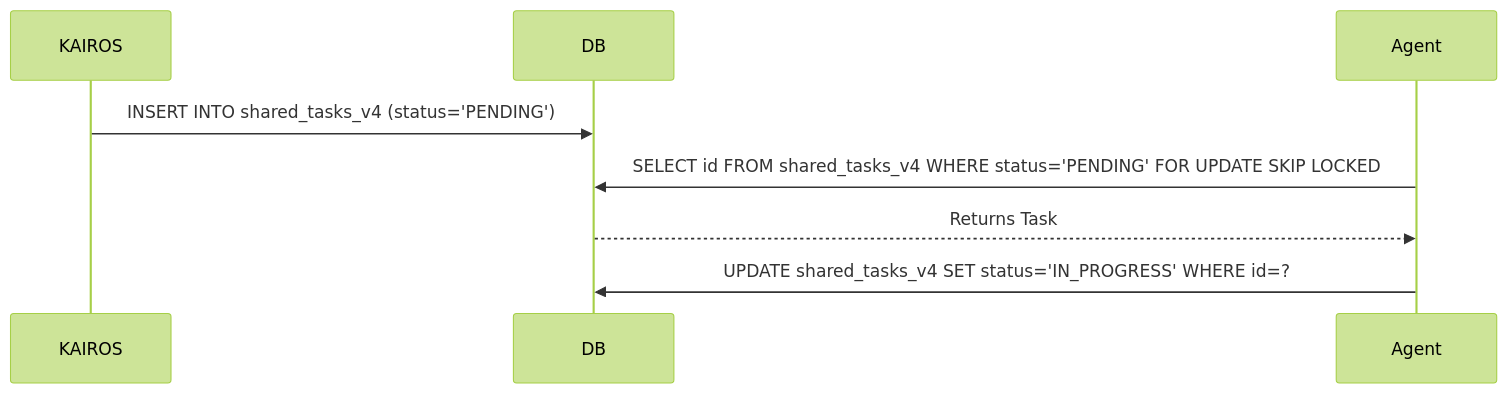
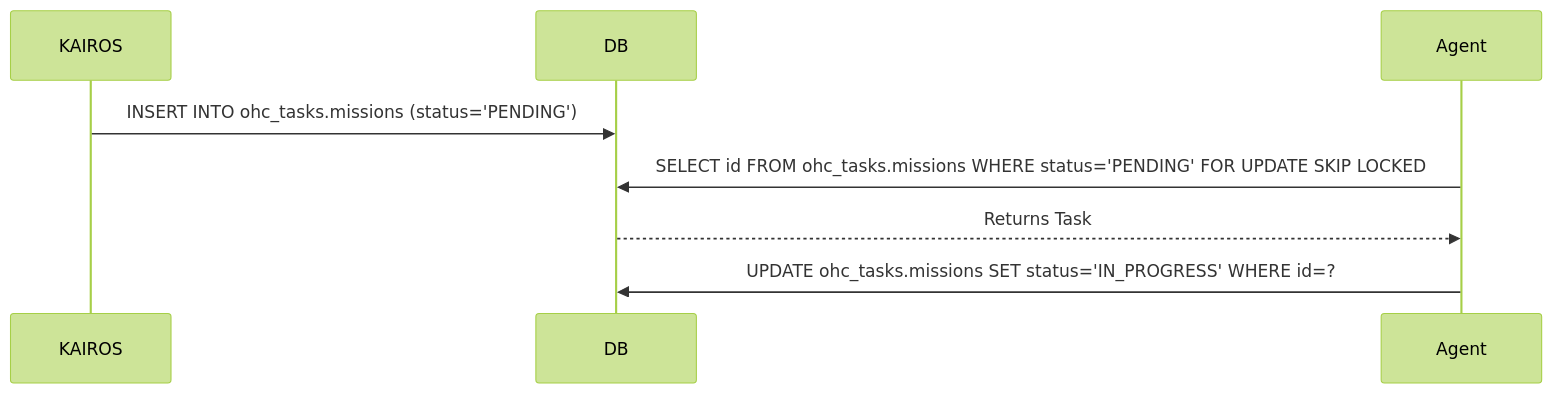
Before and after one commit to omnisolo-llc/onehumancorp: the diagram in docs/architecture/kairos_shared_task_mesh.md, drawn with Mermaid (forest theme). The commit also changed other lines of this file and 4 other files, not shown here.

Commit message:
Oracle: [Architecture] KAIROS Orchestration & Hybrid AI OS Design V2

````diff
--- a/docs/architecture/kairos_shared_task_mesh.md
+++ b/docs/architecture/kairos_shared_task_mesh.md
@@ -24,10 +31,10 @@
 ```mermaid
 sequenceDiagram
     participant KAIROS
     participant DB
     participant Agent
-    KAIROS->>DB: INSERT INTO shared_tasks_v4 (status='PENDING')
-    Agent->>DB: SELECT id FROM shared_tasks_v4 WHERE status='PENDING' FOR UPDATE SKIP LOCKED
+    KAIROS->>DB: INSERT INTO ohc_tasks.missions (status='PENDING')
+    Agent->>DB: SELECT id FROM ohc_tasks.missions WHERE status='PENDING' FOR UPDATE SKIP LOCKED
     DB-->>Agent: Returns Task
-    Agent->>DB: UPDATE shared_tasks_v4 SET status='IN_PROGRESS' WHERE id=?
+    Agent->>DB: UPDATE ohc_tasks.missions SET status='IN_PROGRESS' WHERE id=?
 ```
````
